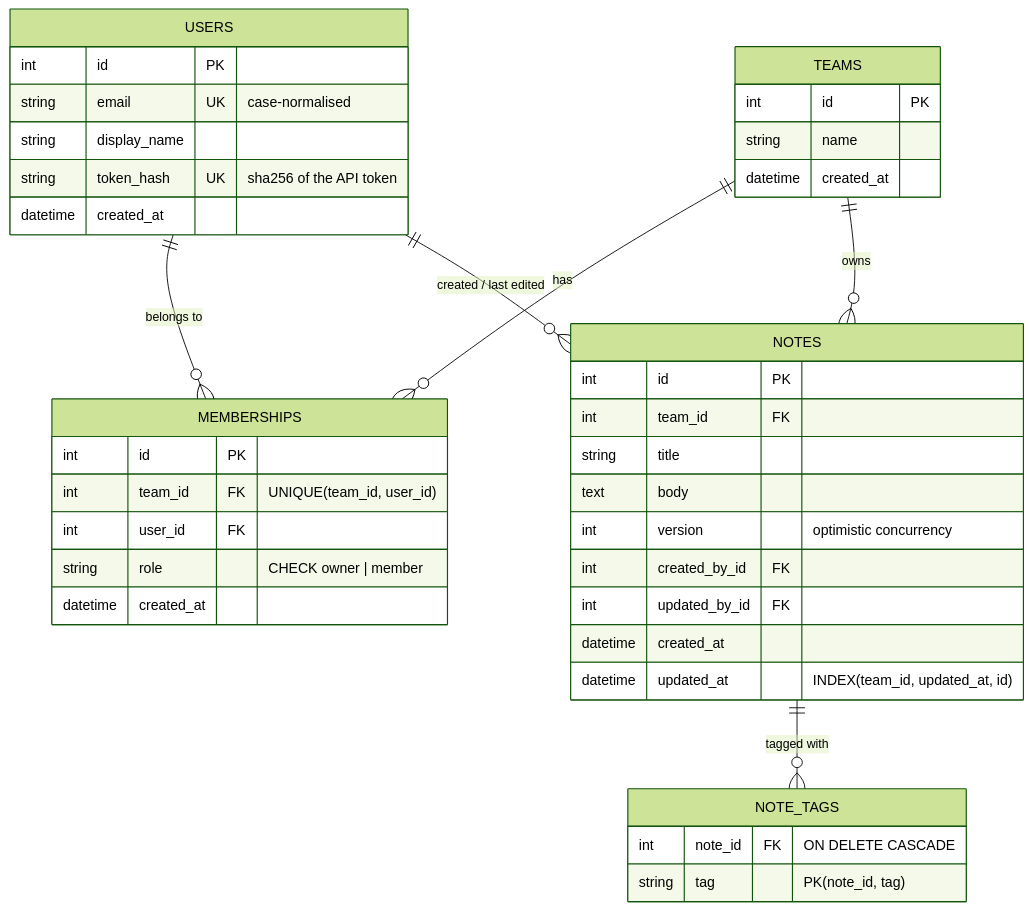
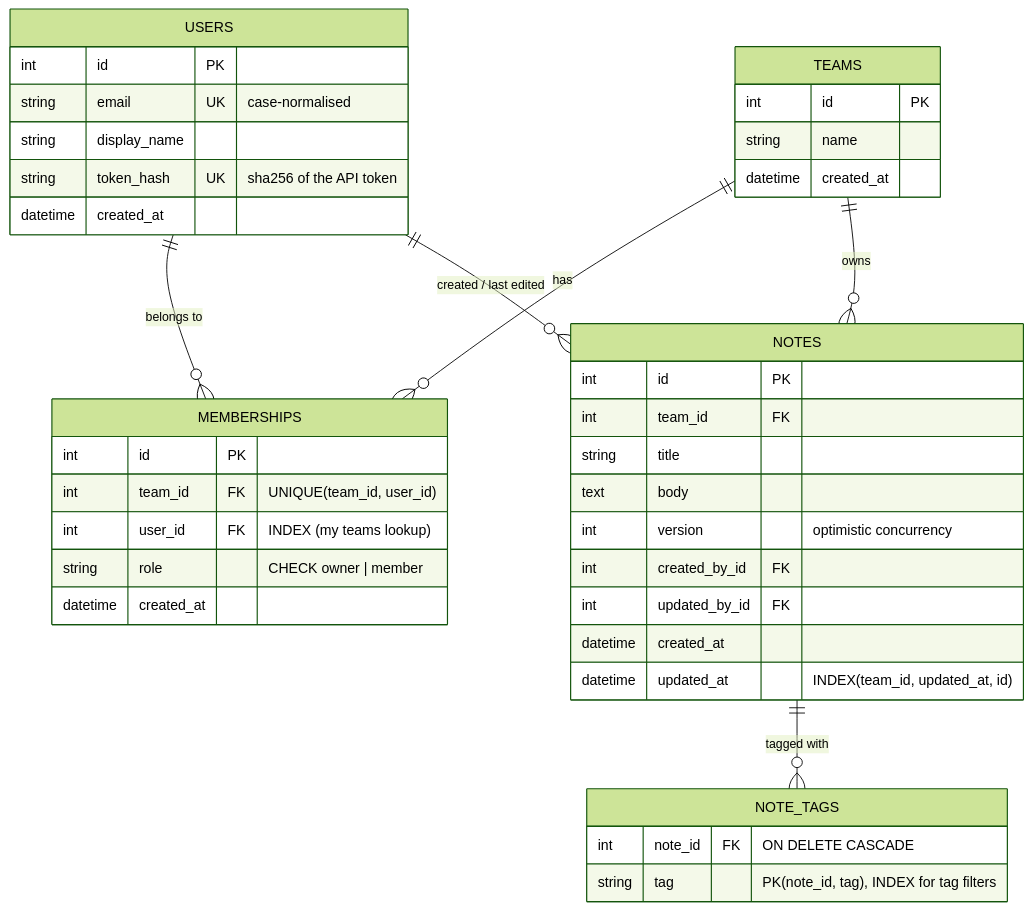
One commit to joseph-leon13/team-notes-api changed the second of 4 diagrams in README.md. Above: the diagram before and after it, drawn with Mermaid (forest theme). The commit also changed other lines of this file, not shown here.

````diff
--- a/README.md
+++ b/README.md
@@ -219,43 +229,43 @@
 ```mermaid
 erDiagram
     USERS ||--o{ MEMBERSHIPS : "belongs to"
     TEAMS ||--o{ MEMBERSHIPS : has
     TEAMS ||--o{ NOTES : owns
     USERS ||--o{ NOTES : "created / last edited"
     NOTES ||--o{ NOTE_TAGS : "tagged with"
 
     USERS {
         int id PK
         string email UK "case-normalised"
         string display_name
         string token_hash UK "sha256 of the API token"
         datetime created_at
     }
     TEAMS {
         int id PK
         string name
         datetime created_at
     }
     MEMBERSHIPS {
         int id PK
         int team_id FK "UNIQUE(team_id, user_id)"
-        int user_id FK
+        int user_id FK "INDEX (my teams lookup)"
         string role "CHECK owner | member"
         datetime created_at
     }
     NOTES {
         int id PK
         int team_id FK
         string title
         text body
         int version "optimistic concurrency"
         int created_by_id FK
         int updated_by_id FK
         datetime created_at
         datetime updated_at "INDEX(team_id, updated_at, id)"
     }
     NOTE_TAGS {
         int note_id FK "ON DELETE CASCADE"
-        string tag "PK(note_id, tag)"
+        string tag "PK(note_id, tag), INDEX for tag filters"
     }
 ```
````
